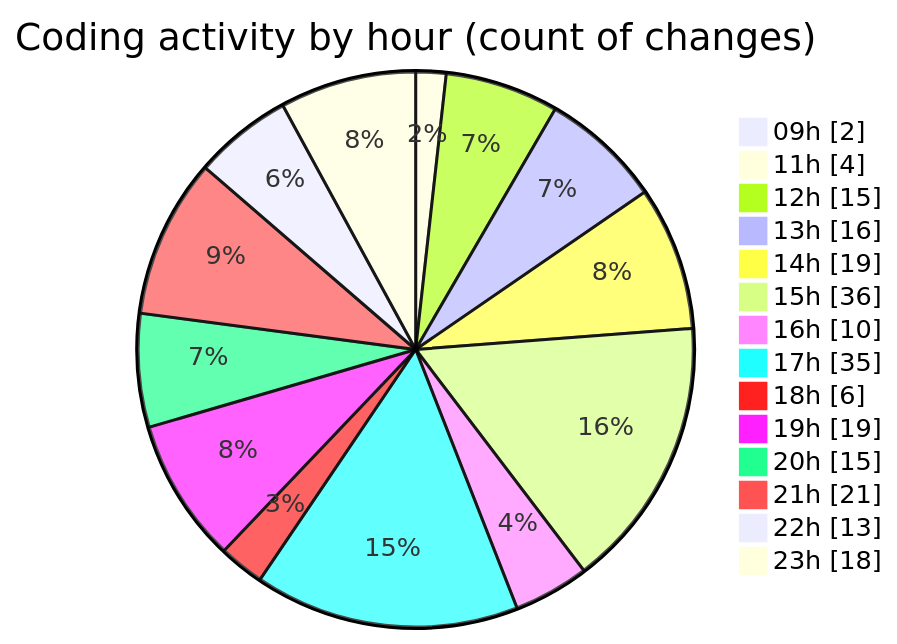
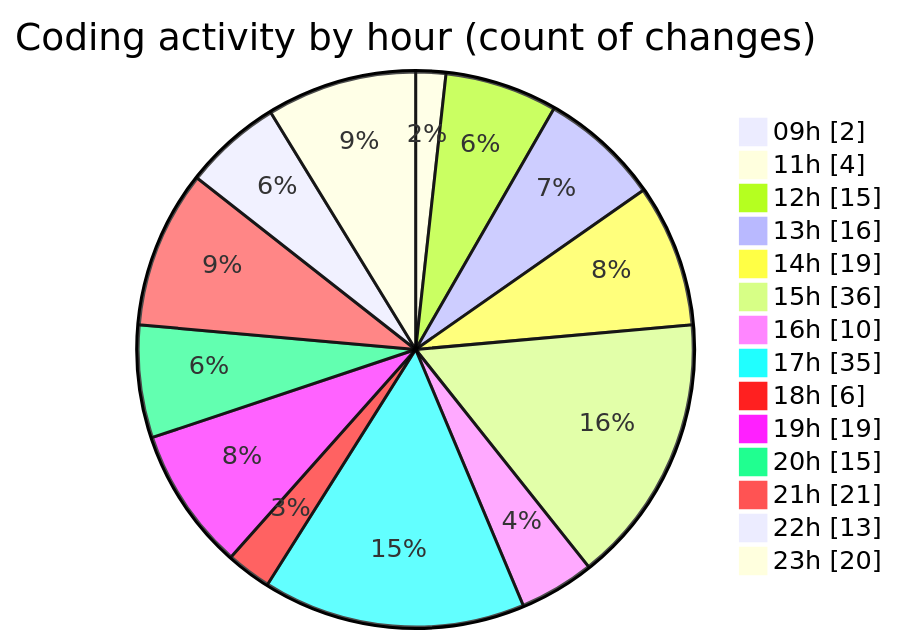
Before and after one commit to Elitesun/code-tracking: the second of 2 diagrams in 2025-04-30/niten/README.md, drawn with Mermaid. The commit also changed other lines of this file and 1 other file, not shown here.

````diff
--- a/2025-04-30/niten/README.md
+++ b/2025-04-30/niten/README.md
@@ -88,18 +90,18 @@
 ```mermaid
 pie showData
 title Coding activity by hour (count of changes)
 "09h" : 2
 "11h" : 4
 "12h" : 15
 "13h" : 16
 "14h" : 19
 "15h" : 36
 "16h" : 10
 "17h" : 35
 "18h" : 6
 "19h" : 19
 "20h" : 15
 "21h" : 21
 "22h" : 13
-"23h" : 18
+"23h" : 20
 ```
````
